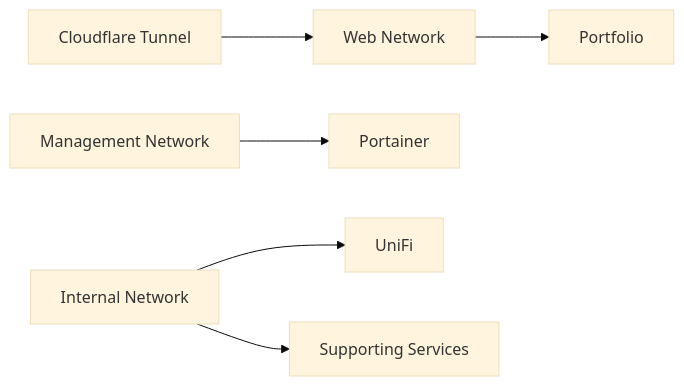
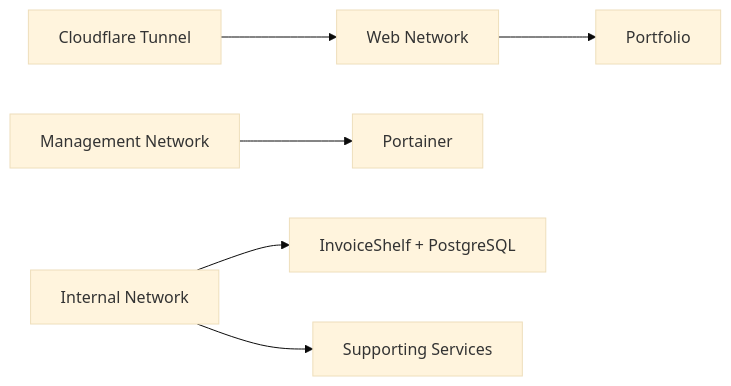
Before and after one commit to bugHunte3R/Docker-Portainer: the diagram in diagrams/container-network-diagram.md, drawn with Mermaid (base theme). The commit also changed 8 other files, not shown here.

First line of the commit message:
docs: refresh README with banner, architecture diagram and accurate project details

````diff
--- a/diagrams/container-network-diagram.md
+++ b/diagrams/container-network-diagram.md
@@ -3,18 +3,18 @@
 ```mermaid
 flowchart LR
     Tunnel[Cloudflare Tunnel]
     WebNet[Web Network]
     InternalNet[Internal Network]
     MgmtNet[Management Network]
 
     Portfolio[Portfolio]
     Portainer[Portainer]
-    UniFi[UniFi]
+    Invoice[InvoiceShelf + PostgreSQL]
     Supporting[Supporting Services]
 
     Tunnel --> WebNet
     WebNet --> Portfolio
     MgmtNet --> Portainer
-    InternalNet --> UniFi
+    InternalNet --> Invoice
     InternalNet --> Supporting
 ```
````
